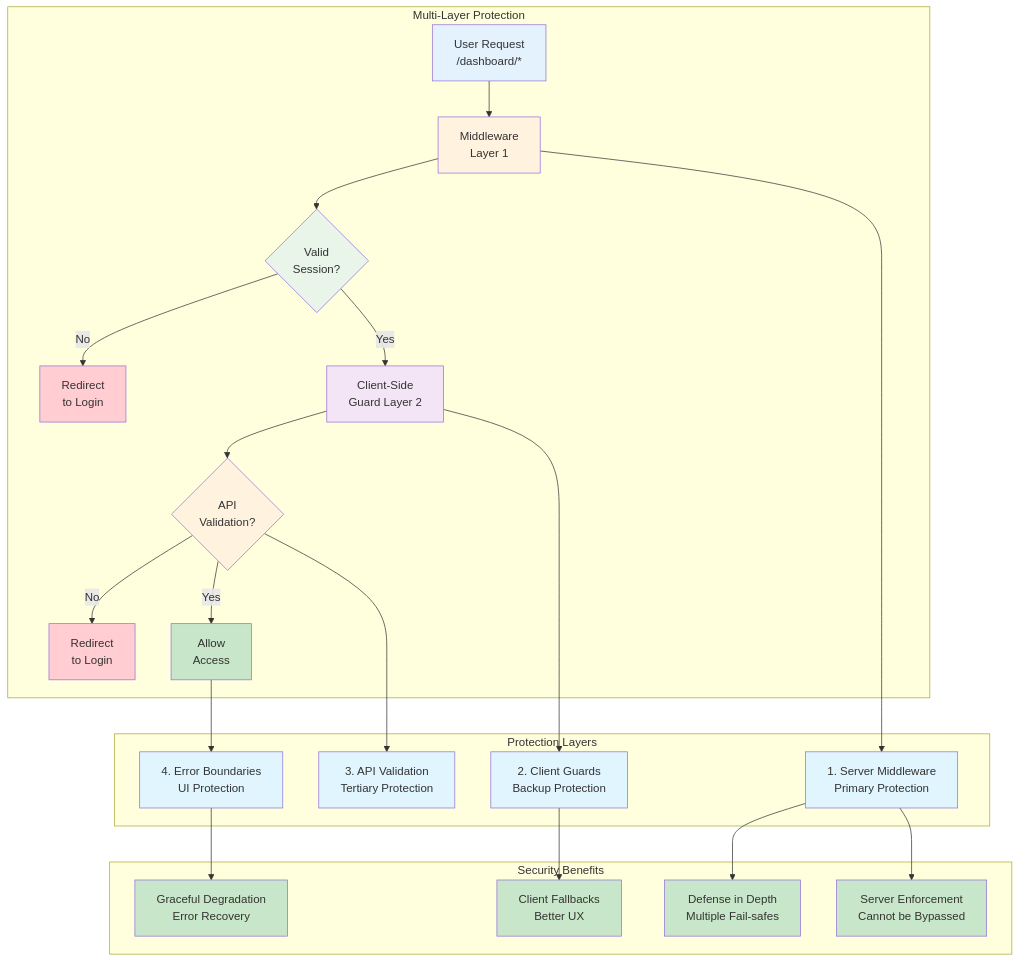
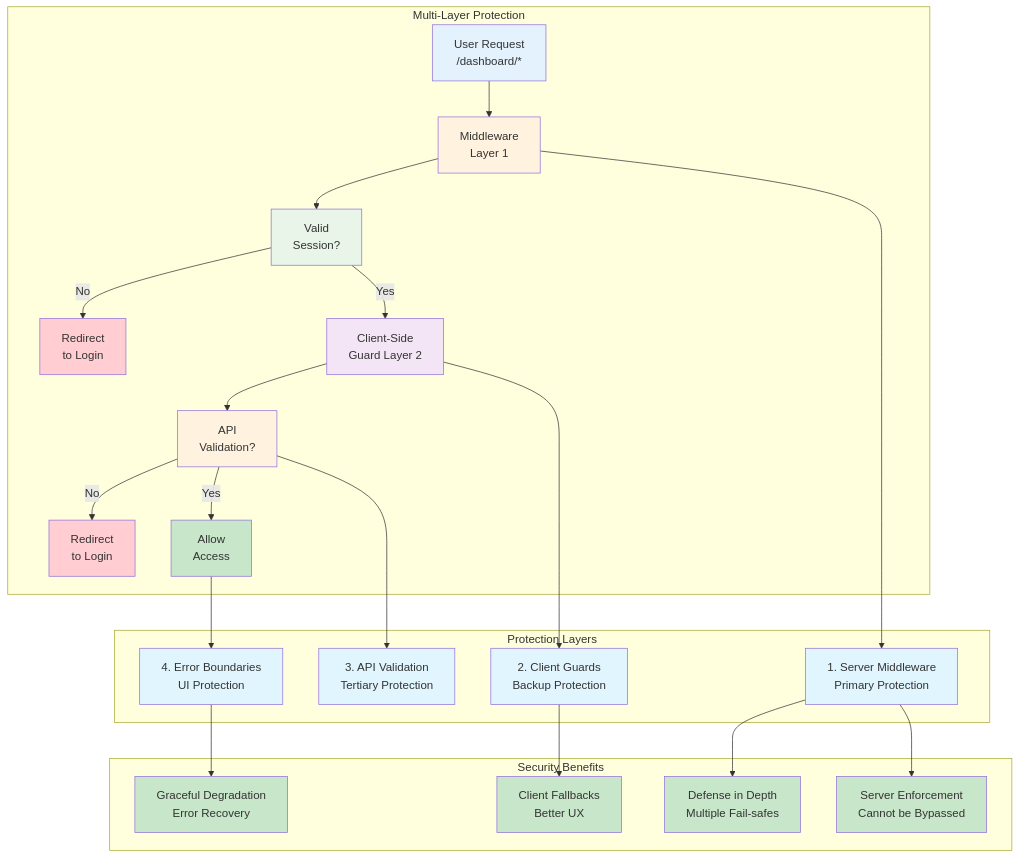
The seventh of 8 diagrams in CARBON_FOOTPRINT_APP.md (Justin322322/Ecotracker), drawn with Mermaid before and after one commit. The commit also changed other lines of this file, not shown here.

First line of the commit message:
fix: Replace all Mermaid diamond nodes with rectangles for GitHub compatibility

````diff
--- a/CARBON_FOOTPRINT_APP.md
+++ b/CARBON_FOOTPRINT_APP.md
@@ -685,53 +685,53 @@
 ```mermaid
 flowchart TD
     subgraph "Multi-Layer Protection"
         A[User Request<br/>/dashboard/*] --> B[Middleware<br/>Layer 1]
-        B --> C{Valid<br/>Session?}
+        B --> C[Valid<br/>Session?]
         C -->|No| D[Redirect<br/>to Login]
         C -->|Yes| E[Client-Side<br/>Guard Layer 2]
-        E --> F{API<br/>Validation?}
+        E --> F[API<br/>Validation?]
         F -->|No| G[Redirect<br/>to Login]
         F -->|Yes| H[Allow<br/>Access]
     end
 
     subgraph "Protection Layers"
         I[1. Server Middleware<br/>Primary Protection]
         J[2. Client Guards<br/>Backup Protection]
         K[3. API Validation<br/>Tertiary Protection]
         L[4. Error Boundaries<br/>UI Protection]
     end
 
     subgraph "Security Benefits"
         M[Defense in Depth<br/>Multiple Fail-safes]
         N[Server Enforcement<br/>Cannot be Bypassed]
         U[Client Fallbacks<br/>Better UX]
         V[Graceful Degradation<br/>Error Recovery]
     end
 
     B --> I
     E --> J
     F --> K
     H --> L
 
     I --> M
     I --> N
     J --> U
     L --> V
 
     style A fill:#e3f2fd
     style B fill:#fff3e0
     style C fill:#e8f5e8
     style D fill:#ffcdd2
     style E fill:#f3e5f5
     style F fill:#fff3e0
     style G fill:#ffcdd2
     style H fill:#c8e6c9
     style I fill:#e1f5fe
     style J fill:#e1f5fe
     style K fill:#e1f5fe
     style L fill:#e1f5fe
     style M fill:#c8e6c9
     style N fill:#c8e6c9
     style U fill:#c8e6c9
     style V fill:#c8e6c9
 ```
````
